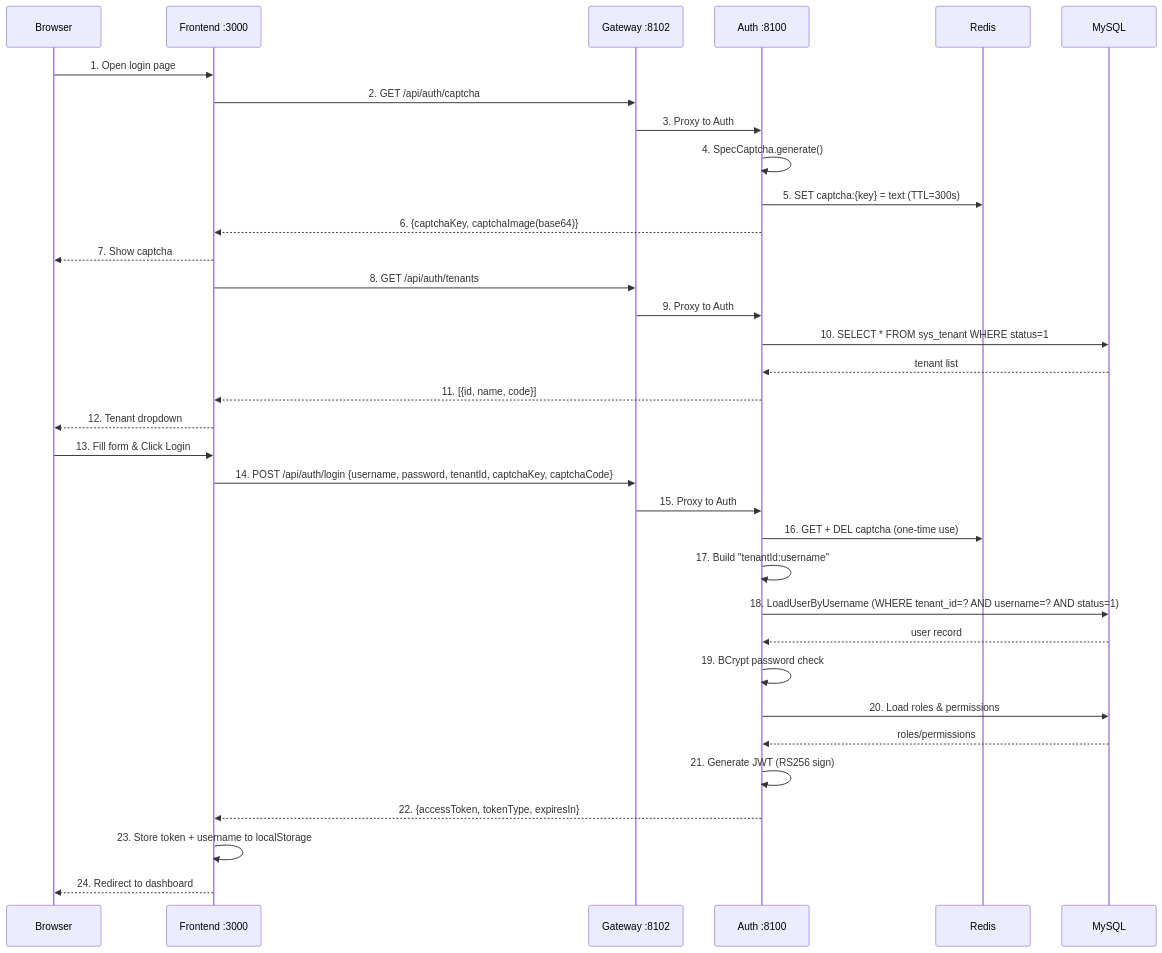
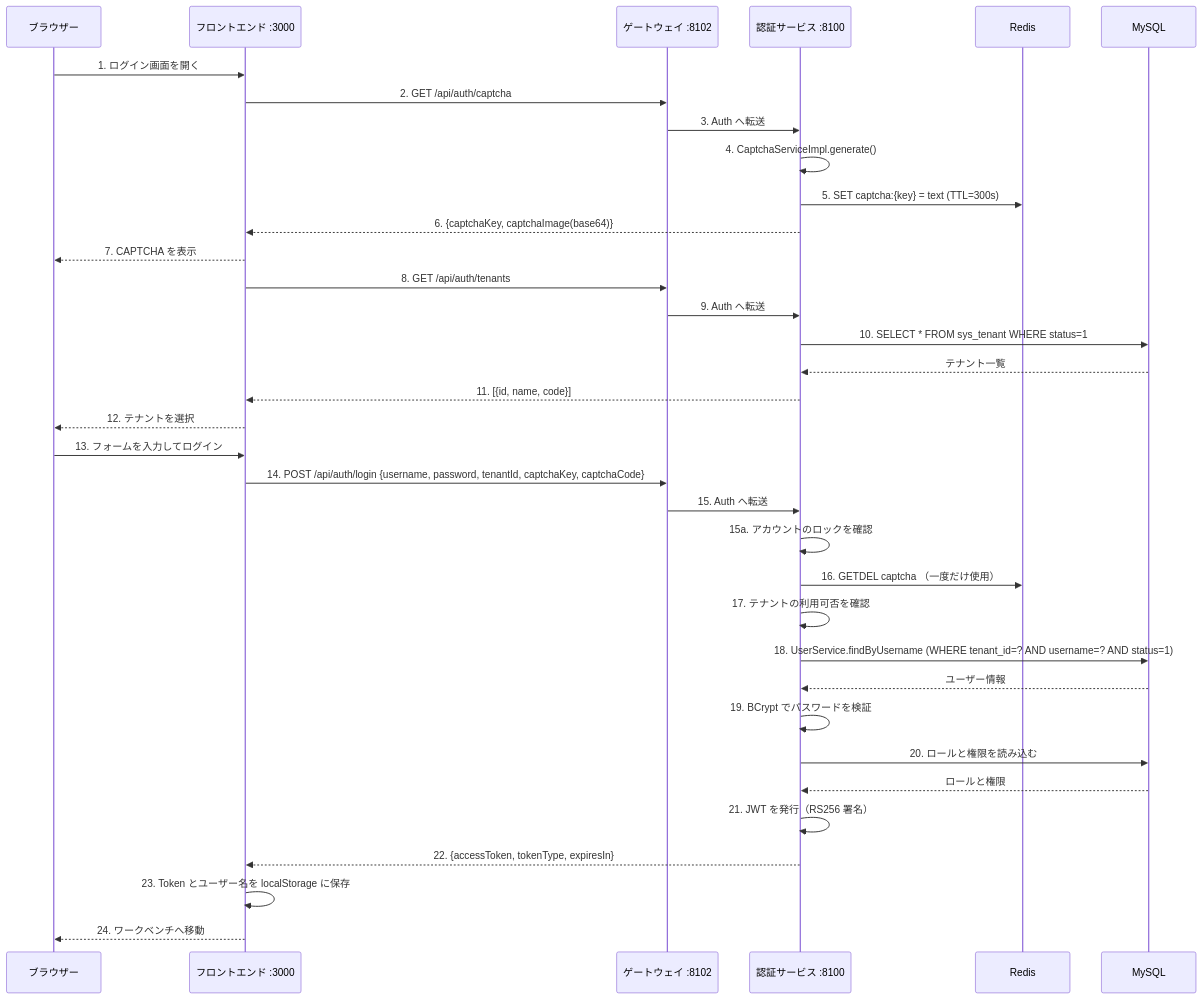
One commit to wang-baohai/Omni-Stack changed the first of 21 diagrams in docs/core-flows.jp.md. Above: the diagram before and after it, drawn with Mermaid. The commit also changed other lines of this file and 1095 other files, not shown here.

````diff
--- a/docs/core-flows.jp.md
+++ b/docs/core-flows.jp.md
@@ -15,39 +14,40 @@
 ```mermaid
 sequenceDiagram
-    participant B as Browser
-    participant F as Frontend :3000
-    participant G as Gateway :8102
-    participant A as Auth :8100
+    participant B as ブラウザー
+    participant F as フロントエンド :3000
+    participant G as ゲートウェイ :8102
+    participant A as 認証サービス :8100
     participant R as Redis
     participant M as MySQL
 
-    B->>F: 1. Open login page
+    B->>F: 1. ログイン画面を開く
     F->>G: 2. GET /api/auth/captcha
-    G->>A: 3. Proxy to Auth
-    A->>A: 4. SpecCaptcha.generate()
+    G->>A: 3. Auth へ転送
+    A->>A: 4. CaptchaServiceImpl.generate()
     A->>R: 5. SET captcha:{key} = text (TTL=300s)
     A-->>F: 6. {captchaKey, captchaImage(base64)}
-    F-->>B: 7. Show captcha
+    F-->>B: 7. CAPTCHA を表示
 
     F->>G: 8. GET /api/auth/tenants
-    G->>A: 9. Proxy to Auth
+    G->>A: 9. Auth へ転送
     A->>M: 10. SELECT * FROM sys_tenant WHERE status=1
-    M-->>A: tenant list
+    M-->>A: テナント一覧
     A-->>F: 11. [{id, name, code}]
-    F-->>B: 12. Tenant dropdown
+    F-->>B: 12. テナントを選択
 
-    B->>F: 13. Fill form & Click Login
+    B->>F: 13. フォームを入力してログイン
     F->>G: 14. POST /api/auth/login {username, password, tenantId, captchaKey, captchaCode}
-    G->>A: 15. Proxy to Auth
-    A->>R: 16. GET + DEL captcha (one-time use)
-    A->>A: 17. Build "tenantId:username"
-    A->>M: 18. LoadUserByUsername (WHERE tenant_id=? AND username=? AND status=1)
-    M-->>A: user record
-    A->>A: 19. BCrypt password check
-    A->>M: 20. Load roles & permissions
-    M-->>A: roles/permissions
-    A->>A: 21. Generate JWT (RS256 sign)
+    G->>A: 15. Auth へ転送
+    A->>A: 15a. アカウントのロックを確認
+    A->>R: 16. GETDEL captcha （一度だけ使用）
+    A->>A: 17. テナントの利用可否を確認
+    A->>M: 18. UserService.findByUsername (WHERE tenant_id=? AND username=? AND status=1)
+    M-->>A: ユーザー情報
+    A->>A: 19. BCrypt でパスワードを検証
+    A->>M: 20. ロールと権限を読み込む
+    M-->>A: ロールと権限
+    A->>A: 21. JWT を発行（RS256 署名）
     A-->>F: 22. {accessToken, tokenType, expiresIn}
-    F->>F: 23. Store token + username to localStorage
-    F-->>B: 24. Redirect to dashboard
+    F->>F: 23. Token とユーザー名を localStorage に保存
+    F-->>B: 24. ワークベンチへ移動
 ```
````
